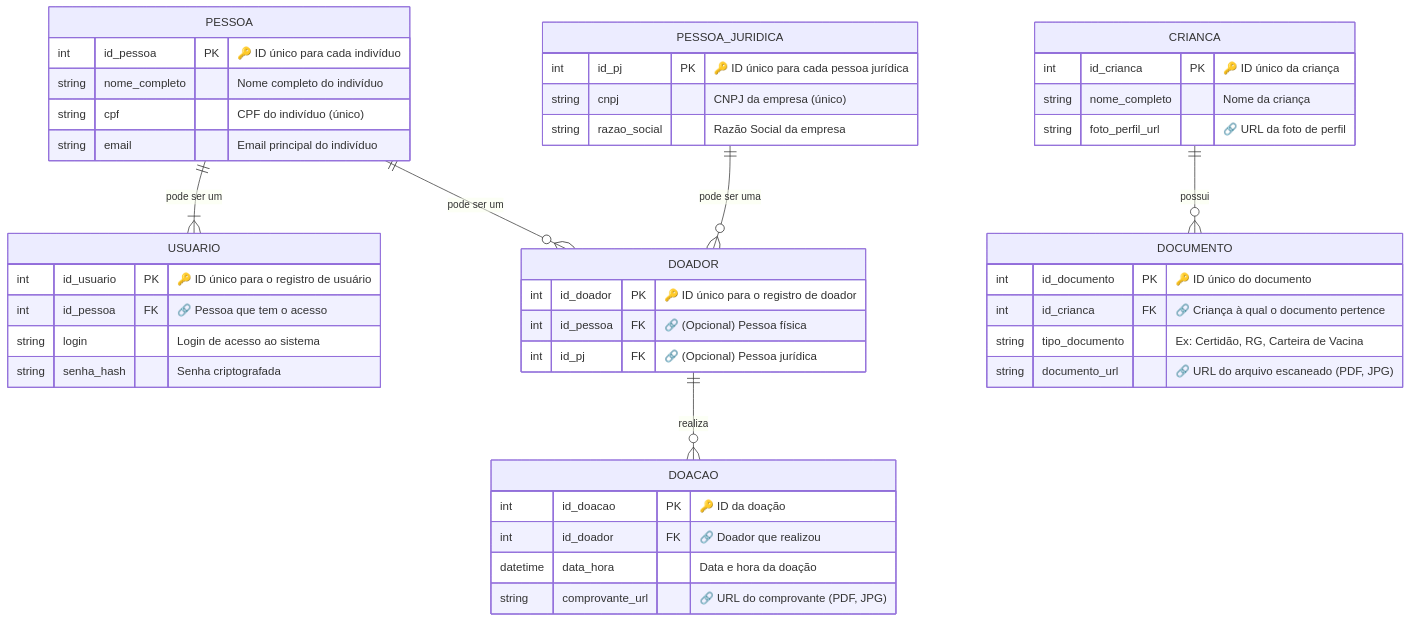
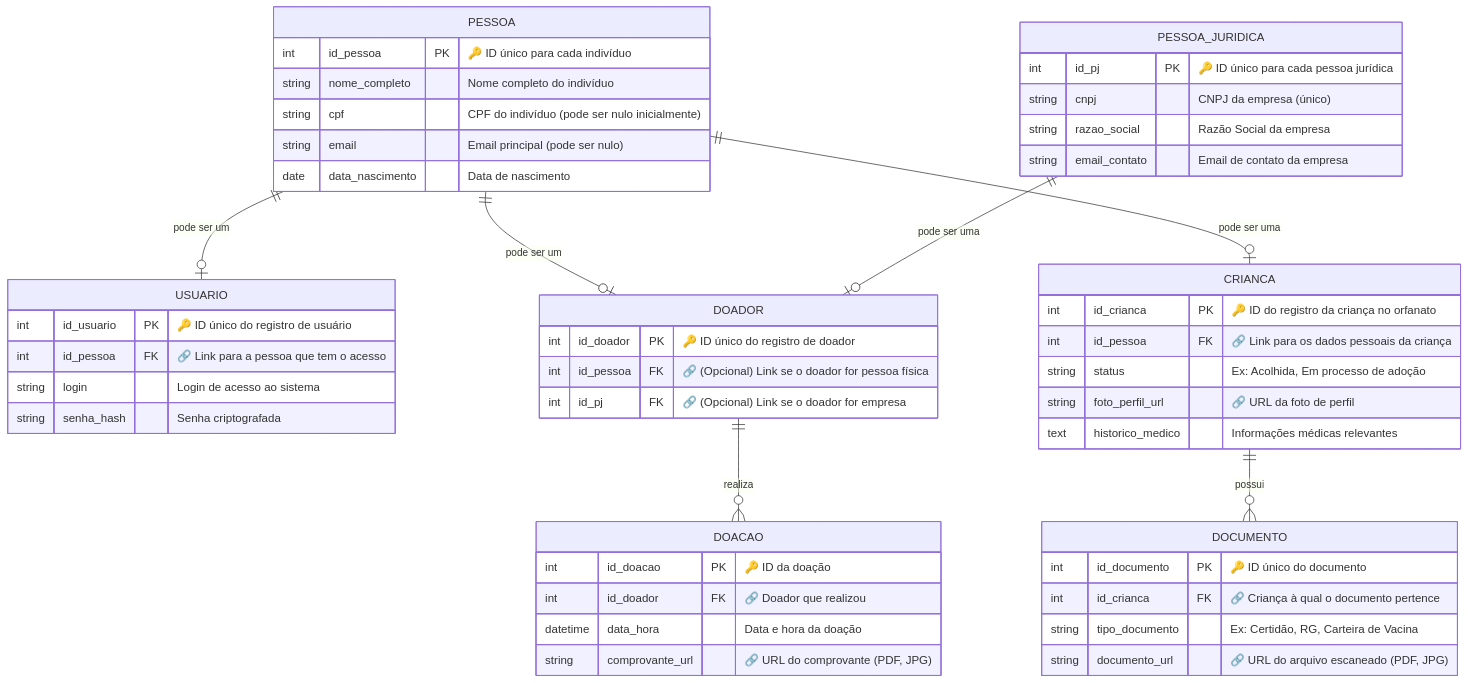
Before and after one commit to liceki/CEAMEC: the second of 2 diagrams in README.md, drawn with Mermaid.

````diff
--- a/README.md
+++ b/README.md
@@ -113,60 +113,71 @@
 ```mermaid
 erDiagram
 
-    %% --- Definição das Entidades ---
-
+    %% --- Entidades de Base ---
+    
     PESSOA {
         int id_pessoa PK "🔑 ID único para cada indivíduo"
         string nome_completo "Nome completo do indivíduo"
-        string cpf "CPF do indivíduo (único)"
-        string email "Email principal do indivíduo"
+        string cpf "CPF do indivíduo (pode ser nulo inicialmente)"
+        string email "Email principal (pode ser nulo)"
+        date data_nascimento "Data de nascimento"
     }
 
     PESSOA_JURIDICA {
         int id_pj PK "🔑 ID único para cada pessoa jurídica"
         string cnpj "CNPJ da empresa (único)"
         string razao_social "Razão Social da empresa"
+        string email_contato "Email de contato da empresa"
     }
 
+    %% --- Entidades de Papel/Contexto ---
+
     USUARIO {
-        int id_usuario PK "🔑 ID único para o registro de usuário"
-        int id_pessoa FK "🔗 Pessoa que tem o acesso"
+        int id_usuario PK "🔑 ID único do registro de usuário"
+        int id_pessoa FK "🔗 Link para a pessoa que tem o acesso"
         string login "Login de acesso ao sistema"
         string senha_hash "Senha criptografada"
     }
 
     DOADOR {
-        int id_doador PK "🔑 ID único para o registro de doador"
-        int id_pessoa FK "🔗 (Opcional) Pessoa física"
-        int id_pj FK "🔗 (Opcional) Pessoa jurídica"
+        int id_doador PK "🔑 ID único do registro de doador"
+        int id_pessoa FK "🔗 (Opcional) Link se o doador for pessoa física"
+        int id_pj FK "🔗 (Opcional) Link se o doador for empresa"
     }
+
+    CRIANCA {
+        int id_crianca PK "🔑 ID do registro da criança no orfanato"
+        int id_pessoa FK "🔗 Link para os dados pessoais da criança"
+        string status "Ex: Acolhida, Em processo de adoção"
+        string foto_perfil_url "🔗 URL da foto de perfil"
+        text historico_medico "Informações médicas relevantes"
+    }
+
+    %% --- Entidades Transacionais ---
 
     DOACAO {
         int id_doacao PK "🔑 ID da doação"
         int id_doador FK "🔗 Doador que realizou"
         datetime data_hora "Data e hora da doação"
         string comprovante_url "🔗 URL do comprovante (PDF, JPG)"
-    }
-
-    CRIANCA {
-        int id_crianca PK "🔑 ID único da criança"
-        string nome_completo "Nome da criança"
-        string foto_perfil_url "🔗 URL da foto de perfil"
     }
 
     DOCUMENTO {
         int id_documento PK "🔑 ID único do documento"
         int id_crianca FK "🔗 Criança à qual o documento pertence"
         string tipo_documento "Ex: Certidão, RG, Carteira de Vacina"
         string documento_url "🔗 URL do arquivo escaneado (PDF, JPG)"
     }
 
     %% --- Relacionamentos ---
 
-    PESSOA ||--|{ USUARIO : "pode ser um"
-    PESSOA ||--o{ DOADOR : "pode ser um"
-    PESSOA_JURIDICA ||--o{ DOADOR : "pode ser uma"
+    PESSOA ||--o| USUARIO : "pode ser um"
+    PESSOA ||--o| DOADOR : "pode ser um"
+    PESSOA ||--o| CRIANCA : "pode ser uma"
+    
+    PESSOA_JURIDICA ||--o| DOADOR : "pode ser uma"
+    
     DOADOR ||--o{ DOACAO : "realiza"
     CRIANCA ||--o{ DOCUMENTO : "possui"
     
 ```
````
